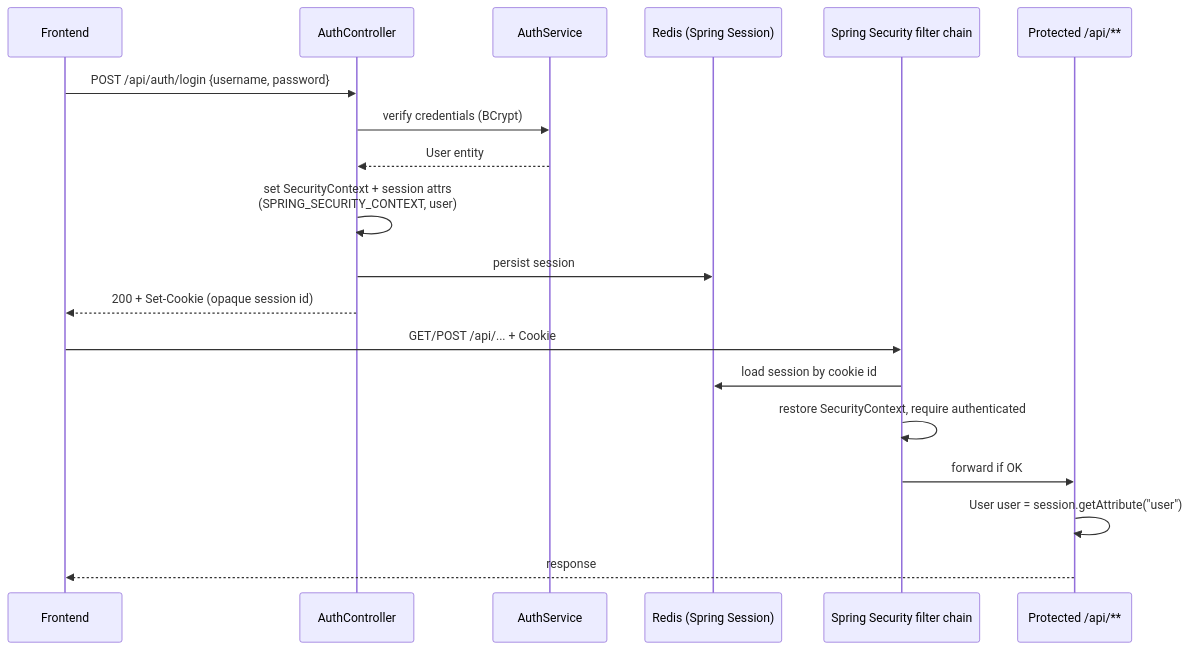
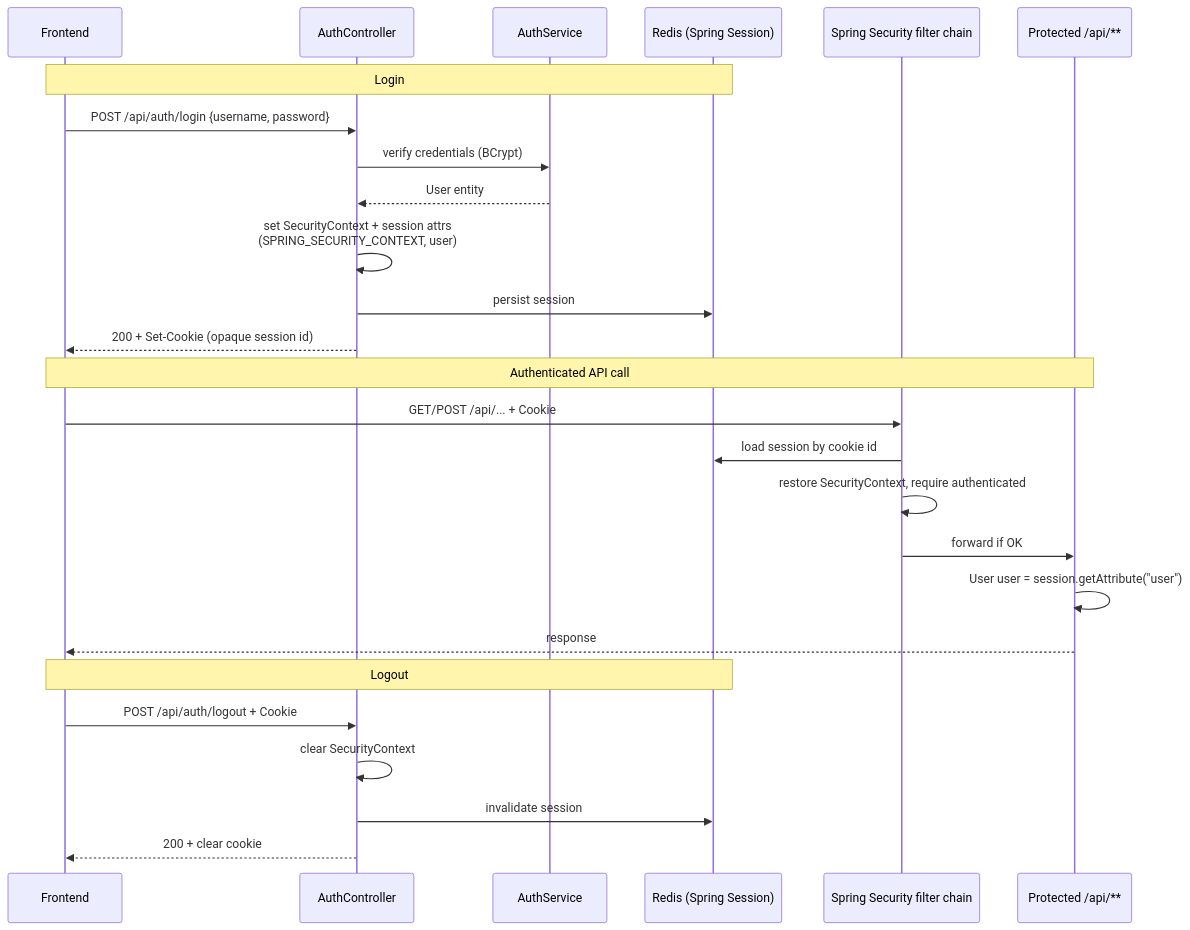
The diagram in docs/16_AUTH_FLOW.md (anhtuta/chat-app), drawn with Mermaid before and after one commit. The commit also changed other lines of this file, not shown here.

````diff
--- a/docs/16_AUTH_FLOW.md
+++ b/docs/16_AUTH_FLOW.md
@@ -22,23 +19,31 @@
 ```mermaid
 sequenceDiagram
     participant FE as Frontend
     participant Auth as AuthController
     participant AuthSvc as AuthService
     participant Redis as Redis (Spring Session)
     participant Sec as Spring Security filter chain
     participant API as Protected /api/**
 
+    Note over FE,Redis: Login
     FE->>Auth: POST /api/auth/login {username, password}
     Auth->>AuthSvc: verify credentials (BCrypt)
     AuthSvc-->>Auth: User entity
     Auth->>Auth: set SecurityContext + session attrs<br/>(SPRING_SECURITY_CONTEXT, user)
     Auth->>Redis: persist session
     Auth-->>FE: 200 + Set-Cookie (opaque session id)
 
+    Note over FE,API: Authenticated API call
     FE->>Sec: GET/POST /api/... + Cookie
     Sec->>Redis: load session by cookie id
     Sec->>Sec: restore SecurityContext, require authenticated
     Sec->>API: forward if OK
     API->>API: User user = session.getAttribute("user")
     API-->>FE: response
+
+    Note over FE,Redis: Logout
+    FE->>Auth: POST /api/auth/logout + Cookie
+    Auth->>Auth: clear SecurityContext
+    Auth->>Redis: invalidate session
+    Auth-->>FE: 200 + clear cookie
 ```
````
